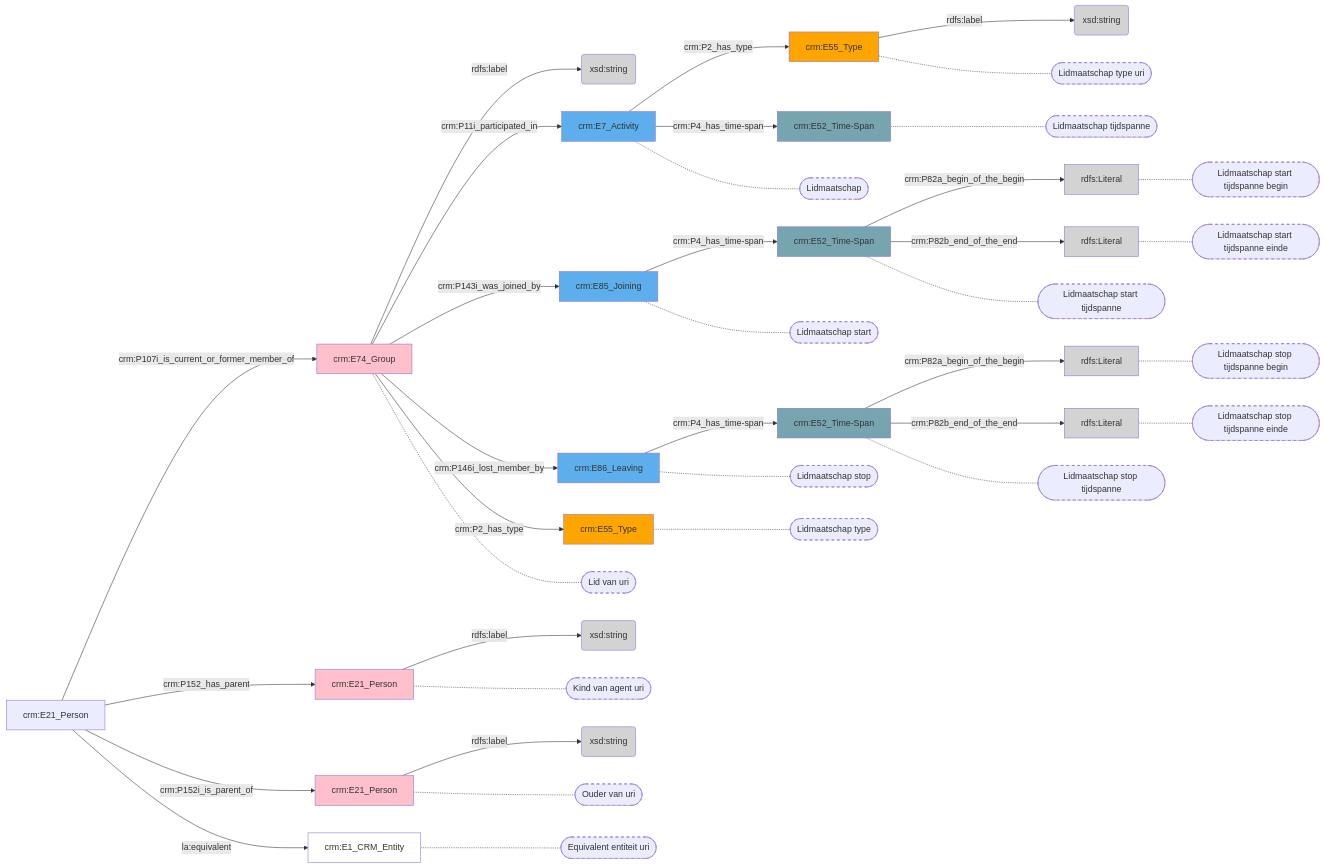
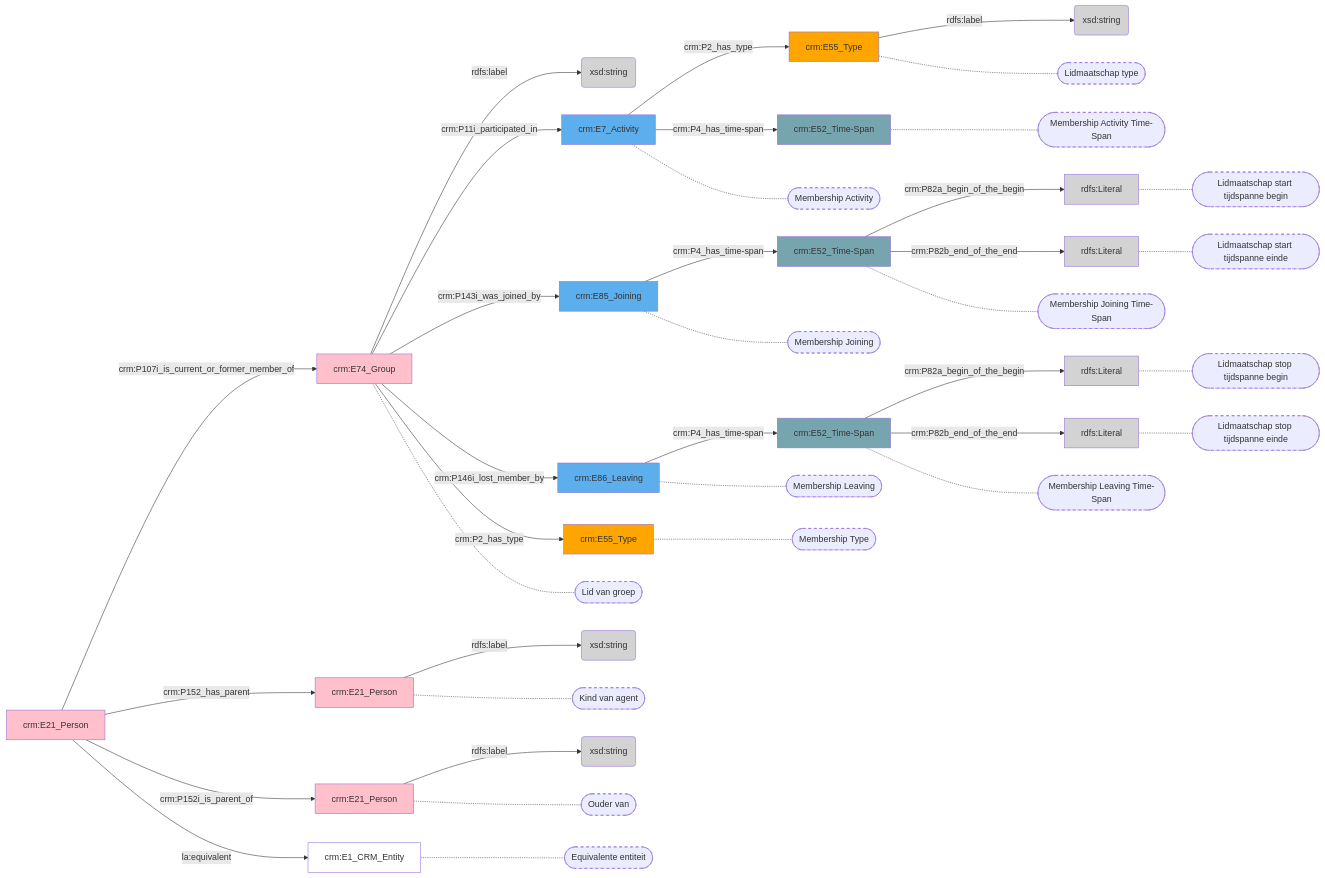
One commit to digipolisantwerpdocumentation/antwerp-cultureel-erfgoed changed the diagram in docs/content/modellen/Person/Verwijzingen.md. Above: the diagram before and after it, drawn with Mermaid. The commit also changed 173 other files, not shown here.

````diff
--- a/docs/content/modellen/Person/Verwijzingen.md
+++ b/docs/content/modellen/Person/Verwijzingen.md
@@ -1,75 +1,76 @@
 ```mermaid
 graph LR
 0d9cfaca-e37c-11ed-9064-00163e71351b["crm:E21_Person"]-->|"rdfs:label"|0d9d4be2-e37c-11ed-9064-00163e71351b(xsd:string)
 0d9d05d8-e37c-11ed-9064-00163e71351b["crm:E74_Group"]-->|"rdfs:label"|0d9d3ed6-e37c-11ed-9064-00163e71351b(xsd:string)
 0d9d0984-e37c-11ed-9064-00163e71351b["crm:E21_Person"]-->|"rdfs:label"|0d9d1f96-e37c-11ed-9064-00163e71351b(xsd:string)
 15d1ad32-57a1-11ee-b0c4-00163e71351b["crm:E52_Time-Span"]-->|"crm:P82a_begin_of_the_begin"|2a3071ae-57a2-11ee-bc5c-00163e71351b(rdfs:Literal)
 15d1ad32-57a1-11ee-b0c4-00163e71351b["crm:E52_Time-Span"]-->|"crm:P82b_end_of_the_end"|4730bcc8-57a2-11ee-974d-00163e71351b(rdfs:Literal)
 348369c6-ea70-11ed-a1e6-00163e71351b["crm:E52_Time-Span"]-->|"crm:P82a_begin_of_the_begin"|38c4fbdc-57a1-11ee-974d-00163e71351b(rdfs:Literal)
 348369c6-ea70-11ed-a1e6-00163e71351b["crm:E52_Time-Span"]-->|"crm:P82b_end_of_the_end"|67722874-57a1-11ee-bc5c-00163e71351b(rdfs:Literal)
 c22ec692-e9a5-11ed-9655-00163e71351b["crm:E55_Type"]-->|"rdfs:label"|07fc5d7e-e9a6-11ed-9655-00163e71351b(xsd:string)
 0911bc54-e438-11ed-a1e6-00163e71351b["crm:E85_Joining"]-->|"crm:P4_has_time-span"|15d1ad32-57a1-11ee-b0c4-00163e71351b["crm:E52_Time-Span"]
 0d9d05d8-e37c-11ed-9064-00163e71351b["crm:E74_Group"]-->|"crm:P11i_participated_in"|cba2f8ae-e9a2-11ed-9064-00163e71351b["crm:E7_Activity"]
 0d9d05d8-e37c-11ed-9064-00163e71351b["crm:E74_Group"]-->|"crm:P143i_was_joined_by"|0911bc54-e438-11ed-a1e6-00163e71351b["crm:E85_Joining"]
 0d9d05d8-e37c-11ed-9064-00163e71351b["crm:E74_Group"]-->|"crm:P146i_lost_member_by"|5f145dfa-e9a1-11ed-a1e6-00163e71351b["crm:E86_Leaving"]
 0d9d05d8-e37c-11ed-9064-00163e71351b["crm:E74_Group"]-->|"crm:P2_has_type"|0a82e242-e9a2-11ed-9232-00163e71351b["crm:E55_Type"]
 0d9d4cb4-e37c-11ed-9064-00163e71351b["crm:E21_Person"]-->|"crm:P107i_is_current_or_former_member_of"|0d9d05d8-e37c-11ed-9064-00163e71351b["crm:E74_Group"]
 0d9d4cb4-e37c-11ed-9064-00163e71351b["crm:E21_Person"]-->|"crm:P152_has_parent"|0d9cfaca-e37c-11ed-9064-00163e71351b["crm:E21_Person"]
 0d9d4cb4-e37c-11ed-9064-00163e71351b["crm:E21_Person"]-->|"crm:P152i_is_parent_of"|0d9d0984-e37c-11ed-9064-00163e71351b["crm:E21_Person"]
 0d9d4cb4-e37c-11ed-9064-00163e71351b["crm:E21_Person"]-->|"la:equivalent"|0d9ce3fa-e37c-11ed-9064-00163e71351b["crm:E1_CRM_Entity"]
 5f145dfa-e9a1-11ed-a1e6-00163e71351b["crm:E86_Leaving"]-->|"crm:P4_has_time-span"|348369c6-ea70-11ed-a1e6-00163e71351b["crm:E52_Time-Span"]
 cba2f8ae-e9a2-11ed-9064-00163e71351b["crm:E7_Activity"]-->|"crm:P2_has_type"|c22ec692-e9a5-11ed-9655-00163e71351b["crm:E55_Type"]
 cba2f8ae-e9a2-11ed-9064-00163e71351b["crm:E7_Activity"]-->|"crm:P4_has_time-span"|0fb2af62-ea70-11ed-9232-00163e71351b["crm:E52_Time-Span"]
+15d1ad32-57a1-11ee-b0c4-00163e71351b["crm:E52_Time-Span"]-.-15d1ad32-57a1-11ee-b0c4-00163e71351b_s(["Membership Joining Time-Span"])
+cba2f8ae-e9a2-11ed-9064-00163e71351b["crm:E7_Activity"]-.-cba2f8ae-e9a2-11ed-9064-00163e71351b_s(["Membership Activity"])
+0911bc54-e438-11ed-a1e6-00163e71351b["crm:E85_Joining"]-.-0911bc54-e438-11ed-a1e6-00163e71351b_s(["Membership Joining"])
+5f145dfa-e9a1-11ed-a1e6-00163e71351b["crm:E86_Leaving"]-.-5f145dfa-e9a1-11ed-a1e6-00163e71351b_s(["Membership Leaving"])
+0a82e242-e9a2-11ed-9232-00163e71351b["crm:E55_Type"]-.-0a82e242-e9a2-11ed-9232-00163e71351b_s(["Membership Type"])
+0d9d05d8-e37c-11ed-9064-00163e71351b["crm:E74_Group"]-.-0d9d05d8-e37c-11ed-9064-00163e71351b_s(["Lid van groep"])
+0d9cfaca-e37c-11ed-9064-00163e71351b["crm:E21_Person"]-.-0d9cfaca-e37c-11ed-9064-00163e71351b_s(["Kind van agent"])
+0d9d0984-e37c-11ed-9064-00163e71351b["crm:E21_Person"]-.-0d9d0984-e37c-11ed-9064-00163e71351b_s(["Ouder van"])
+0d9ce3fa-e37c-11ed-9064-00163e71351b["crm:E1_CRM_Entity"]-.-0d9ce3fa-e37c-11ed-9064-00163e71351b_s(["Equivalente entiteit"])
+2a3071ae-57a2-11ee-bc5c-00163e71351b["rdfs:Literal"]-.-2a3071ae-57a2-11ee-bc5c-00163e71351b_s(["Lidmaatschap start tijdspanne begin"])
+4730bcc8-57a2-11ee-974d-00163e71351b["rdfs:Literal"]-.-4730bcc8-57a2-11ee-974d-00163e71351b_s(["Lidmaatschap start tijdspanne einde"])
+38c4fbdc-57a1-11ee-974d-00163e71351b["rdfs:Literal"]-.-38c4fbdc-57a1-11ee-974d-00163e71351b_s(["Lidmaatschap stop tijdspanne begin"])
+67722874-57a1-11ee-bc5c-00163e71351b["rdfs:Literal"]-.-67722874-57a1-11ee-bc5c-00163e71351b_s(["Lidmaatschap stop tijdspanne einde"])
+348369c6-ea70-11ed-a1e6-00163e71351b["crm:E52_Time-Span"]-.-348369c6-ea70-11ed-a1e6-00163e71351b_s(["Membership Leaving Time-Span"])
+c22ec692-e9a5-11ed-9655-00163e71351b["crm:E55_Type"]-.-c22ec692-e9a5-11ed-9655-00163e71351b_s(["Lidmaatschap type"])
+0fb2af62-ea70-11ed-9232-00163e71351b["crm:E52_Time-Span"]-.-0fb2af62-ea70-11ed-9232-00163e71351b_s(["Membership Activity Time-Span"])
 style 15d1ad32-57a1-11ee-b0c4-00163e71351b_s stroke-dasharray: 5
 style cba2f8ae-e9a2-11ed-9064-00163e71351b_s stroke-dasharray: 5
 style 0911bc54-e438-11ed-a1e6-00163e71351b_s stroke-dasharray: 5
 style 5f145dfa-e9a1-11ed-a1e6-00163e71351b_s stroke-dasharray: 5
 style 0a82e242-e9a2-11ed-9232-00163e71351b_s stroke-dasharray: 5
 style 0d9d05d8-e37c-11ed-9064-00163e71351b_s stroke-dasharray: 5
 style 0d9cfaca-e37c-11ed-9064-00163e71351b_s stroke-dasharray: 5
 style 0d9d0984-e37c-11ed-9064-00163e71351b_s stroke-dasharray: 5
 style 0d9ce3fa-e37c-11ed-9064-00163e71351b_s stroke-dasharray: 5
 style 2a3071ae-57a2-11ee-bc5c-00163e71351b_s stroke-dasharray: 5
 style 4730bcc8-57a2-11ee-974d-00163e71351b_s stroke-dasharray: 5
 style 38c4fbdc-57a1-11ee-974d-00163e71351b_s stroke-dasharray: 5
 style 67722874-57a1-11ee-bc5c-00163e71351b_s stroke-dasharray: 5
 style 348369c6-ea70-11ed-a1e6-00163e71351b_s stroke-dasharray: 5
 style c22ec692-e9a5-11ed-9655-00163e71351b_s stroke-dasharray: 5
 style 0fb2af62-ea70-11ed-9232-00163e71351b_s stroke-dasharray: 5
-15d1ad32-57a1-11ee-b0c4-00163e71351b["crm:E52_Time-Span"]-.-15d1ad32-57a1-11ee-b0c4-00163e71351b_s(["Lidmaatschap start tijdspanne"])
-cba2f8ae-e9a2-11ed-9064-00163e71351b["crm:E7_Activity"]-.-cba2f8ae-e9a2-11ed-9064-00163e71351b_s(["Lidmaatschap"])
-0911bc54-e438-11ed-a1e6-00163e71351b["crm:E85_Joining"]-.-0911bc54-e438-11ed-a1e6-00163e71351b_s(["Lidmaatschap start"])
-5f145dfa-e9a1-11ed-a1e6-00163e71351b["crm:E86_Leaving"]-.-5f145dfa-e9a1-11ed-a1e6-00163e71351b_s(["Lidmaatschap stop"])
-0a82e242-e9a2-11ed-9232-00163e71351b["crm:E55_Type"]-.-0a82e242-e9a2-11ed-9232-00163e71351b_s(["Lidmaatschap type"])
-0d9d05d8-e37c-11ed-9064-00163e71351b["crm:E74_Group"]-.-0d9d05d8-e37c-11ed-9064-00163e71351b_s(["Lid van uri"])
-0d9cfaca-e37c-11ed-9064-00163e71351b["crm:E21_Person"]-.-0d9cfaca-e37c-11ed-9064-00163e71351b_s(["Kind van agent uri"])
-0d9d0984-e37c-11ed-9064-00163e71351b["crm:E21_Person"]-.-0d9d0984-e37c-11ed-9064-00163e71351b_s(["Ouder van uri"])
-0d9ce3fa-e37c-11ed-9064-00163e71351b["crm:E1_CRM_Entity"]-.-0d9ce3fa-e37c-11ed-9064-00163e71351b_s(["Equivalent entiteit uri"])
-2a3071ae-57a2-11ee-bc5c-00163e71351b["rdfs:Literal"]-.-2a3071ae-57a2-11ee-bc5c-00163e71351b_s(["Lidmaatschap start tijdspanne begin"])
-4730bcc8-57a2-11ee-974d-00163e71351b["rdfs:Literal"]-.-4730bcc8-57a2-11ee-974d-00163e71351b_s(["Lidmaatschap start tijdspanne einde"])
-38c4fbdc-57a1-11ee-974d-00163e71351b["rdfs:Literal"]-.-38c4fbdc-57a1-11ee-974d-00163e71351b_s(["Lidmaatschap stop tijdspanne begin"])
-67722874-57a1-11ee-bc5c-00163e71351b["rdfs:Literal"]-.-67722874-57a1-11ee-bc5c-00163e71351b_s(["Lidmaatschap stop tijdspanne einde"])
-348369c6-ea70-11ed-a1e6-00163e71351b["crm:E52_Time-Span"]-.-348369c6-ea70-11ed-a1e6-00163e71351b_s(["Lidmaatschap stop tijdspanne"])
-c22ec692-e9a5-11ed-9655-00163e71351b["crm:E55_Type"]-.-c22ec692-e9a5-11ed-9655-00163e71351b_s(["Lidmaatschap type uri"])
-0fb2af62-ea70-11ed-9232-00163e71351b["crm:E52_Time-Span"]-.-0fb2af62-ea70-11ed-9232-00163e71351b_s(["Lidmaatschap tijdspanne"])
 style 07fc5d7e-e9a6-11ed-9655-00163e71351b fill:#D3D3D3
 style 0911bc54-e438-11ed-a1e6-00163e71351b fill:#5DAEEC
 style 0a82e242-e9a2-11ed-9232-00163e71351b fill:#ffa500
 style 0d9ce3fa-e37c-11ed-9064-00163e71351b fill:#ffffff
 style 0d9cfaca-e37c-11ed-9064-00163e71351b fill:#ffc0cb
 style 0d9d05d8-e37c-11ed-9064-00163e71351b fill:#ffc0cb
 style 0d9d0984-e37c-11ed-9064-00163e71351b fill:#ffc0cb
 style 0d9d1f96-e37c-11ed-9064-00163e71351b fill:#D3D3D3
 style 0d9d3ed6-e37c-11ed-9064-00163e71351b fill:#D3D3D3
 style 0d9d4be2-e37c-11ed-9064-00163e71351b fill:#D3D3D3
+style 0d9d4cb4-e37c-11ed-9064-00163e71351b fill:#ffc0cb
 style 0fb2af62-ea70-11ed-9232-00163e71351b fill:#76A5AF
 style 15d1ad32-57a1-11ee-b0c4-00163e71351b fill:#76A5AF
 style 2a3071ae-57a2-11ee-bc5c-00163e71351b fill:#D3D3D3
 style 348369c6-ea70-11ed-a1e6-00163e71351b fill:#76A5AF
 style 38c4fbdc-57a1-11ee-974d-00163e71351b fill:#D3D3D3
 style 4730bcc8-57a2-11ee-974d-00163e71351b fill:#D3D3D3
 style 5f145dfa-e9a1-11ed-a1e6-00163e71351b fill:#5DAEEC
 style 67722874-57a1-11ee-bc5c-00163e71351b fill:#D3D3D3
 style c22ec692-e9a5-11ed-9655-00163e71351b fill:#ffa500
 style cba2f8ae-e9a2-11ed-9064-00163e71351b fill:#5DAEEC
 ```
````
